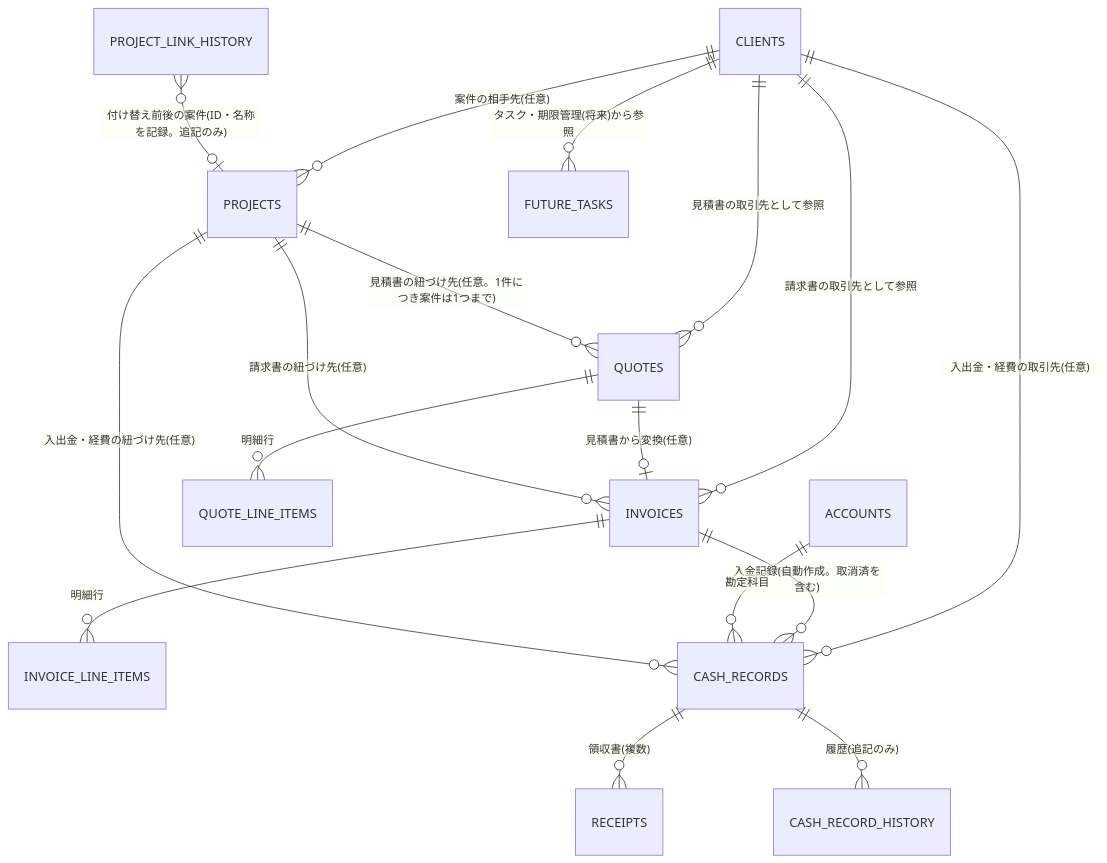
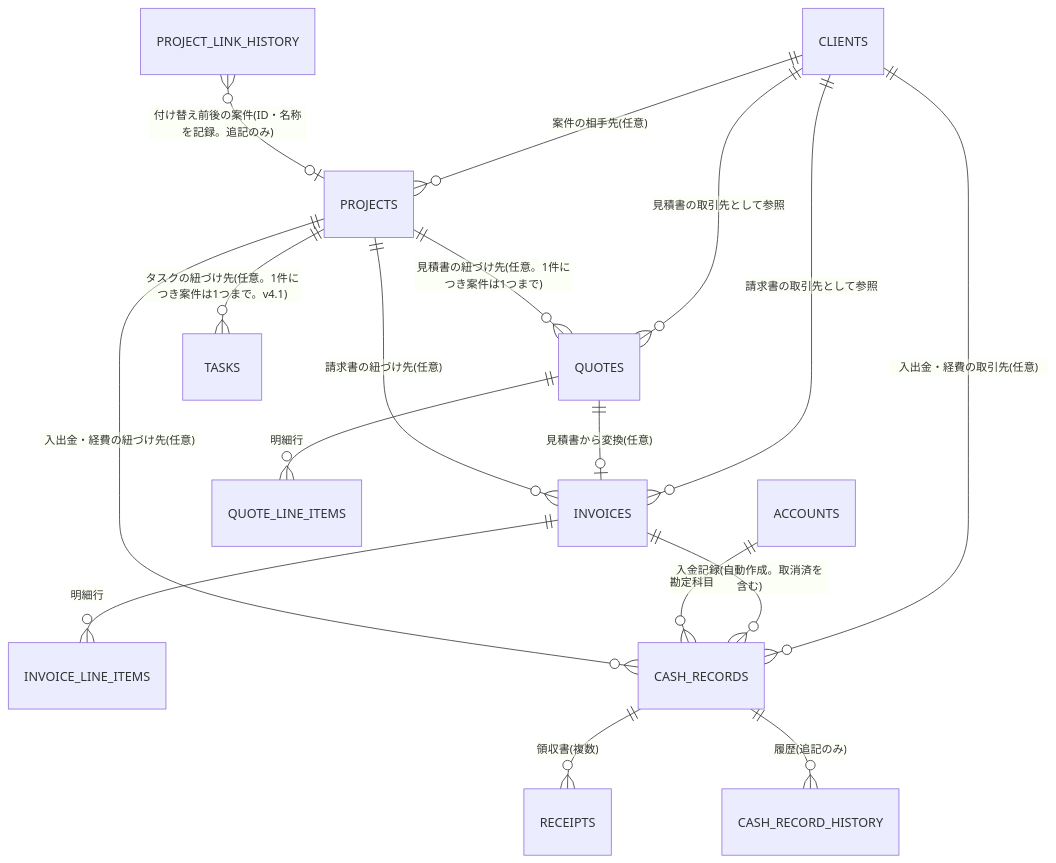
The third of 3 diagrams in docs/03_architect/基本設計書.md (eiai00000001-cell/jimu-hub), drawn with Mermaid before and after one commit. The commit also changed other lines of this file and 1 other file, not shown here.

````diff
--- a/docs/03_architect/基本設計書.md
+++ b/docs/03_architect/基本設計書.md
@@ -768,19 +900,19 @@
 ```mermaid
 erDiagram
   CLIENTS ||--o{ QUOTES : "見積書の取引先として参照"
   CLIENTS ||--o{ INVOICES : "請求書の取引先として参照"
   QUOTES ||--o{ QUOTE_LINE_ITEMS : "明細行"
   INVOICES ||--o{ INVOICE_LINE_ITEMS : "明細行"
   QUOTES ||--o| INVOICES : "見積書から変換(任意)"
   CLIENTS ||--o{ CASH_RECORDS : "入出金・経費の取引先(任意)"
   INVOICES ||--o{ CASH_RECORDS : "入金記録(自動作成。取消済を含む)"
   ACCOUNTS ||--o{ CASH_RECORDS : "勘定科目"
   CASH_RECORDS ||--o{ RECEIPTS : "領収書(複数)"
   CASH_RECORDS ||--o{ CASH_RECORD_HISTORY : "履歴(追記のみ)"
   CLIENTS ||--o{ PROJECTS : "案件の相手先(任意)"
   PROJECTS ||--o{ QUOTES : "見積書の紐づけ先(任意。1件につき案件は1つまで)"
   PROJECTS ||--o{ INVOICES : "請求書の紐づけ先(任意)"
   PROJECTS ||--o{ CASH_RECORDS : "入出金・経費の紐づけ先(任意)"
   PROJECT_LINK_HISTORY }o--o| PROJECTS : "付け替え前後の案件(ID・名称を記録。追記のみ)"
-  CLIENTS ||--o{ FUTURE_TASKS : "タスク・期限管理(将来)から参照"
+  PROJECTS ||--o{ TASKS : "タスクの紐づけ先(任意。1件につき案件は1つまで。v4.1)"
 ```
````
